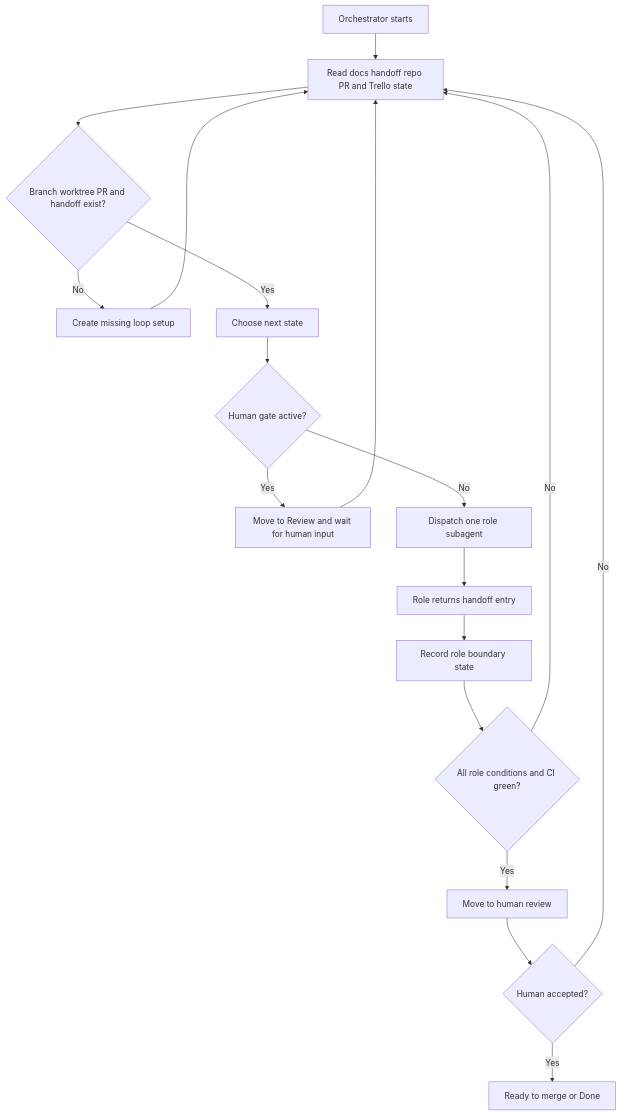
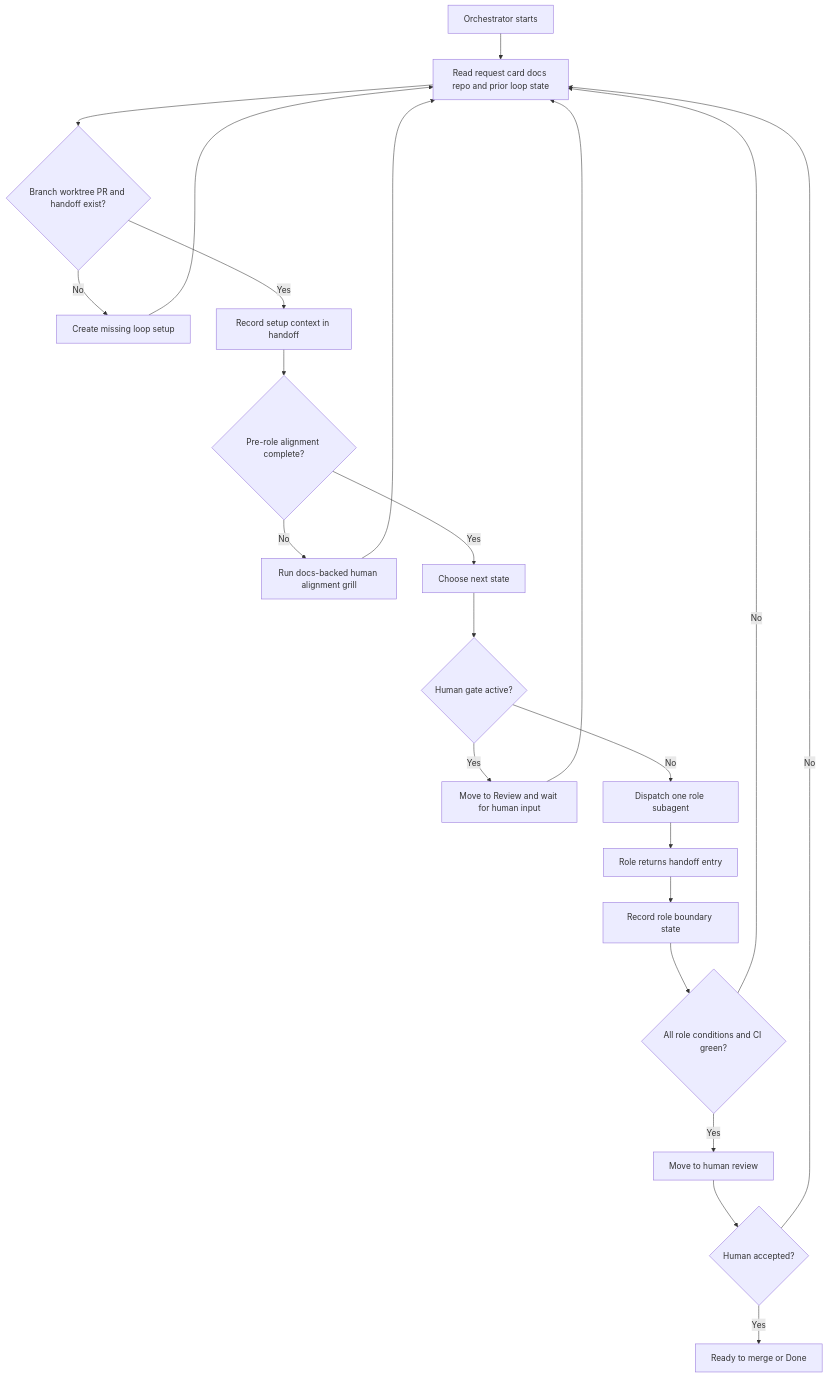
The diagram in docs/agents/loops/orchestrator.md (joesobo/CodeGraphyV4), drawn with Mermaid before and after one commit. The commit also changed other lines of this file and 1 other file, not shown here.

````diff
--- a/docs/agents/loops/orchestrator.md
+++ b/docs/agents/loops/orchestrator.md
@@ -43,20 +53,24 @@
 ```mermaid
 flowchart TD
-    Start["Orchestrator starts"] --> Read["Read docs handoff repo PR and Trello state"]
+    Start["Orchestrator starts"] --> Read["Read request card docs repo and prior loop state"]
     Read --> Setup{"Branch worktree PR and handoff exist?"}
     Setup -->|No| Create["Create missing loop setup"]
     Create --> Read
-    Setup -->|Yes| Decide["Choose next state"]
+    Setup -->|Yes| Context["Record setup context in handoff"]
+    Context --> Align{"Pre-role alignment complete?"}
+    Align -->|No| Grill["Run docs-backed human alignment grill"]
+    Grill --> Read
+    Align -->|Yes| Decide["Choose next state"]
     Decide --> Human{"Human gate active?"}
     Human -->|Yes| Wait["Move to Review and wait for human input"]
     Wait --> Read
     Human -->|No| Dispatch["Dispatch one role subagent"]
     Dispatch --> Return["Role returns handoff entry"]
     Return --> Record["Record role boundary state"]
     Record --> Ready{"All role conditions and CI green?"}
     Ready -->|No| Read
     Ready -->|Yes| Review["Move to human review"]
     Review --> Final{"Human accepted?"}
     Final -->|No| Read
     Final -->|Yes| Done["Ready to merge or Done"]
 ```
````
